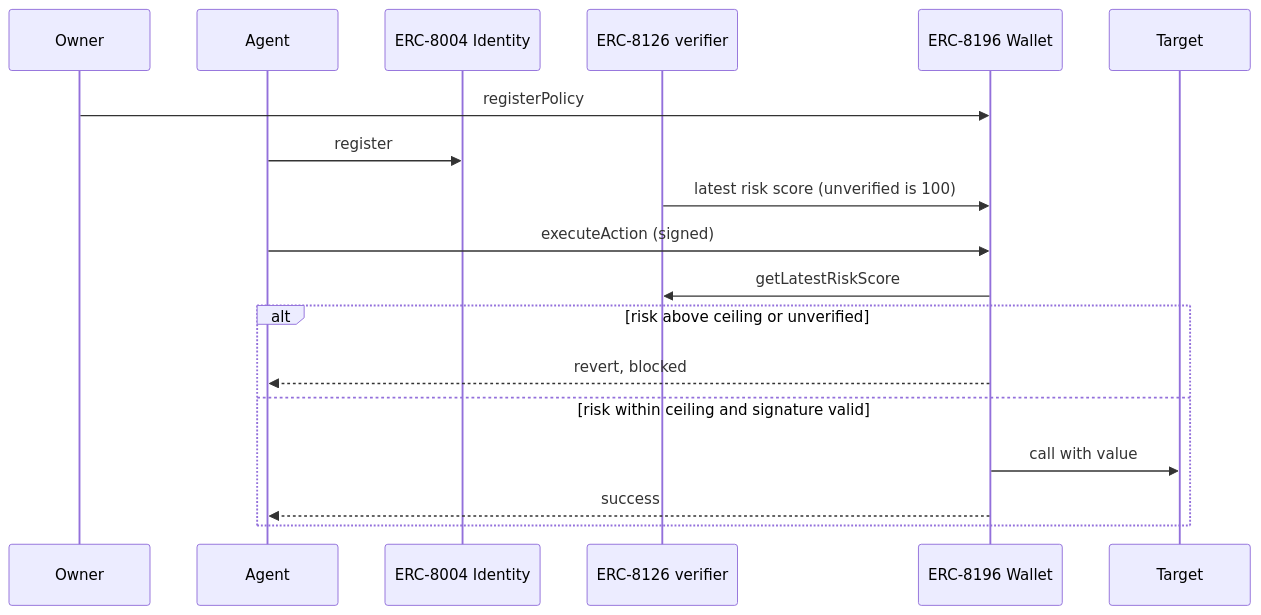
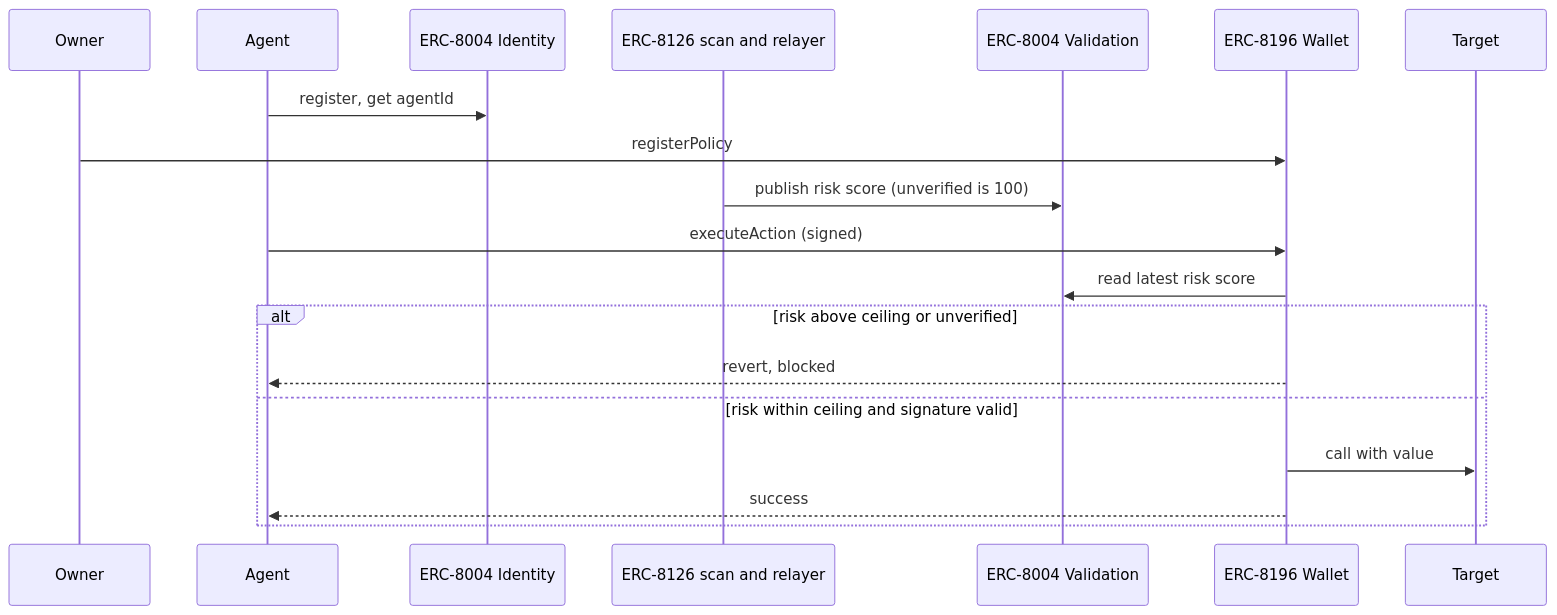
The diagram in README.md (erc8196/erc8196), drawn with Mermaid before and after one commit. The commit also changed other lines of this file, not shown here.

Commit message:
README: show ERC-8004 Validation Registry in the architecture diagram

````diff
--- a/README.md
+++ b/README.md
@@ -16,20 +16,21 @@
 ```mermaid
 sequenceDiagram
     participant Owner
     participant Agent
-    participant Identity as ERC-8004 Identity
-    participant Verifier as ERC-8126 verifier
+    participant ID as ERC-8004 Identity
+    participant Scan as ERC-8126 scan and relayer
+    participant VR as ERC-8004 Validation
     participant Wallet as ERC-8196 Wallet
     participant Target
+    Agent->>ID: register, get agentId
     Owner->>Wallet: registerPolicy
-    Agent->>Identity: register
-    Verifier->>Wallet: latest risk score (unverified is 100)
+    Scan->>VR: publish risk score (unverified is 100)
     Agent->>Wallet: executeAction (signed)
-    Wallet->>Verifier: getLatestRiskScore
+    Wallet->>VR: read latest risk score
     alt risk above ceiling or unverified
         Wallet-->>Agent: revert, blocked
     else risk within ceiling and signature valid
         Wallet->>Target: call with value
         Wallet-->>Agent: success
     end
 ```
````
